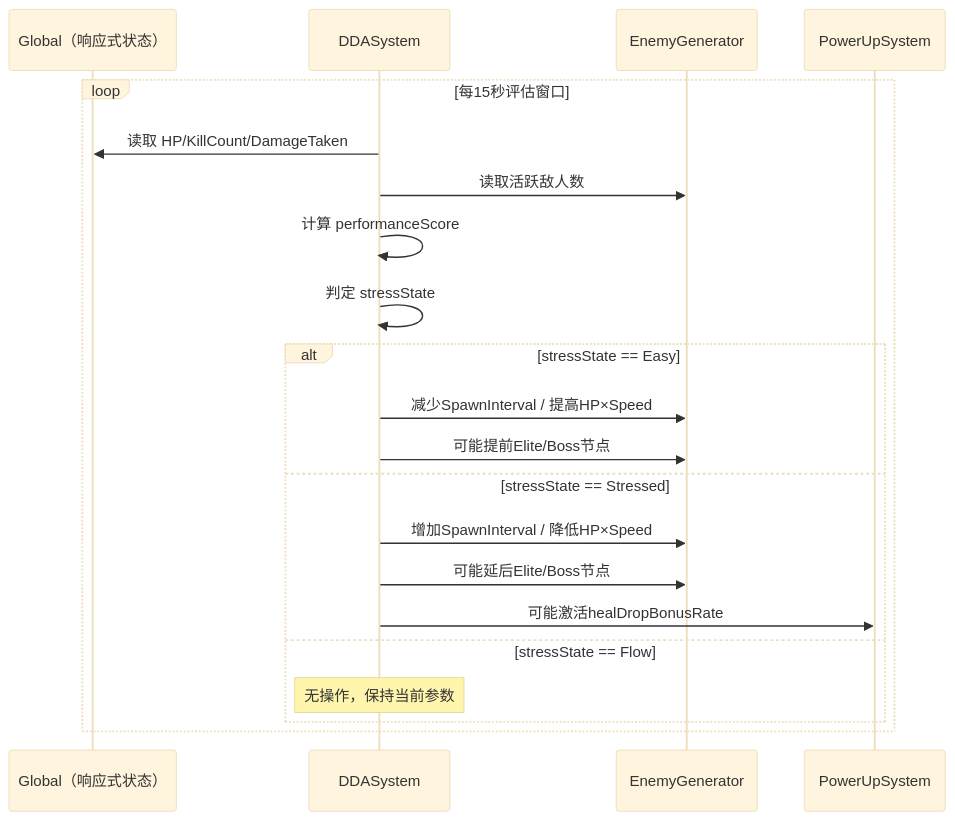
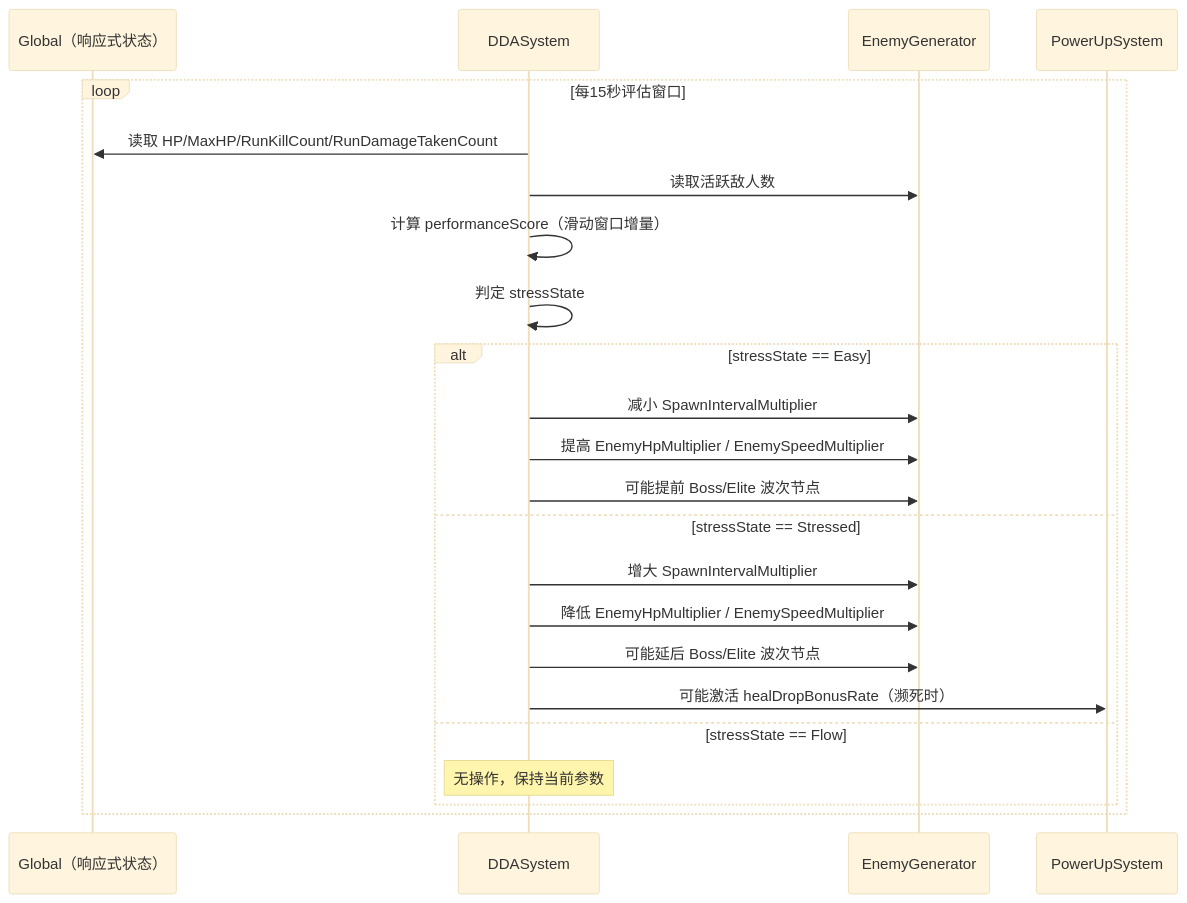
One commit to yurisachan16-creator/Vampire-Survivor-like changed the diagram in Docs/PRD-DDA.md. Above: the diagram before and after it, drawn with Mermaid (base theme). The commit also changed other lines of this file and 2 other files, not shown here.

First line of the commit message:
docs(dda): finalize DDA PRD with all decisions confirmed; add RunDamageTakenCount field

````diff
--- a/Docs/PRD-DDA.md
+++ b/Docs/PRD-DDA.md
@@ -173,25 +188,27 @@
 ```mermaid
 sequenceDiagram
     participant G as Global（响应式状态）
     participant DDA as DDASystem
     participant EG as EnemyGenerator
     participant PU as PowerUpSystem
 
     loop 每15秒评估窗口
-        DDA->>G: 读取 HP/KillCount/DamageTaken
+        DDA->>G: 读取 HP/MaxHP/RunKillCount/RunDamageTakenCount
         DDA->>EG: 读取活跃敌人数
-        DDA->>DDA: 计算 performanceScore
+        DDA->>DDA: 计算 performanceScore（滑动窗口增量）
         DDA->>DDA: 判定 stressState
 
         alt stressState == Easy
-            DDA->>EG: 减少SpawnInterval / 提高HP×Speed
-            DDA->>EG: 可能提前Elite/Boss节点
+            DDA->>EG: 减小 SpawnIntervalMultiplier
+            DDA->>EG: 提高 EnemyHpMultiplier / EnemySpeedMultiplier
+            DDA->>EG: 可能提前 Boss/Elite 波次节点
         else stressState == Stressed
-            DDA->>EG: 增加SpawnInterval / 降低HP×Speed
-            DDA->>EG: 可能延后Elite/Boss节点
-            DDA->>PU: 可能激活healDropBonusRate
+            DDA->>EG: 增大 SpawnIntervalMultiplier
+            DDA->>EG: 降低 EnemyHpMultiplier / EnemySpeedMultiplier
+            DDA->>EG: 可能延后 Boss/Elite 波次节点
+            DDA->>PU: 可能激活 healDropBonusRate（濒死时）
         else stressState == Flow
             Note over DDA: 无操作，保持当前参数
         end
     end
 ```
````
